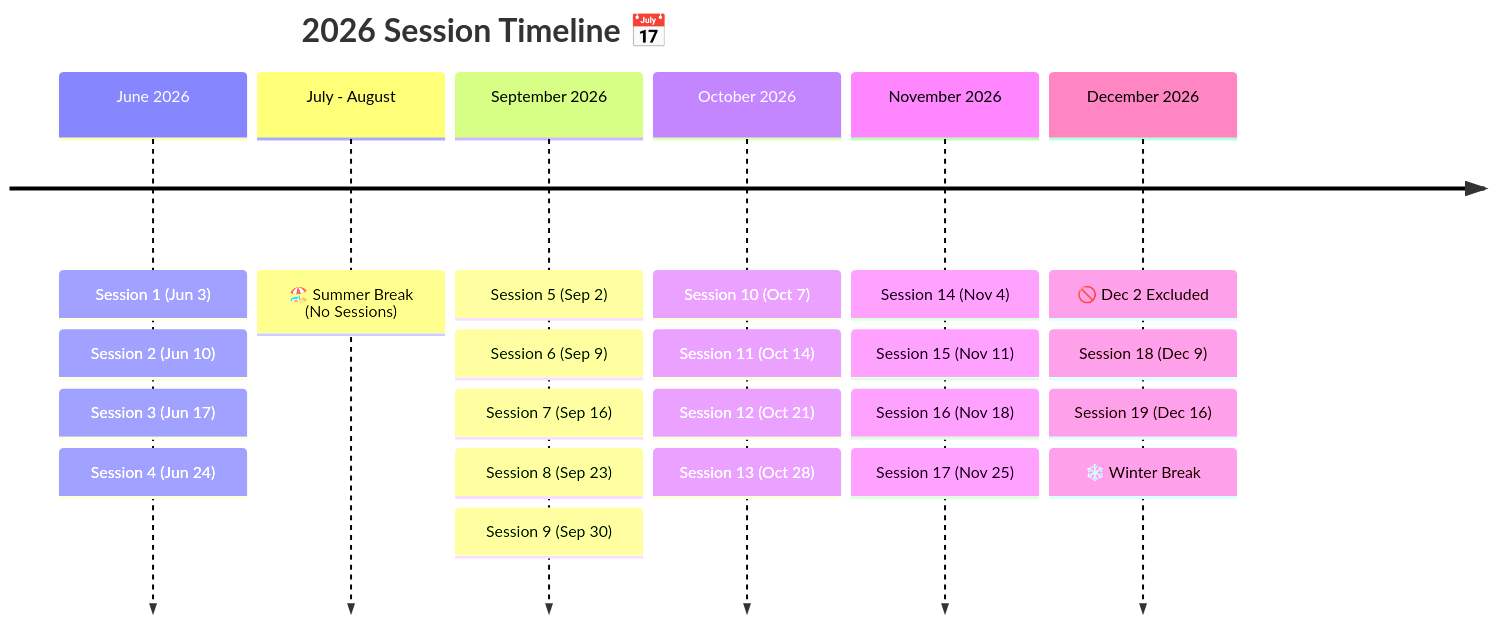
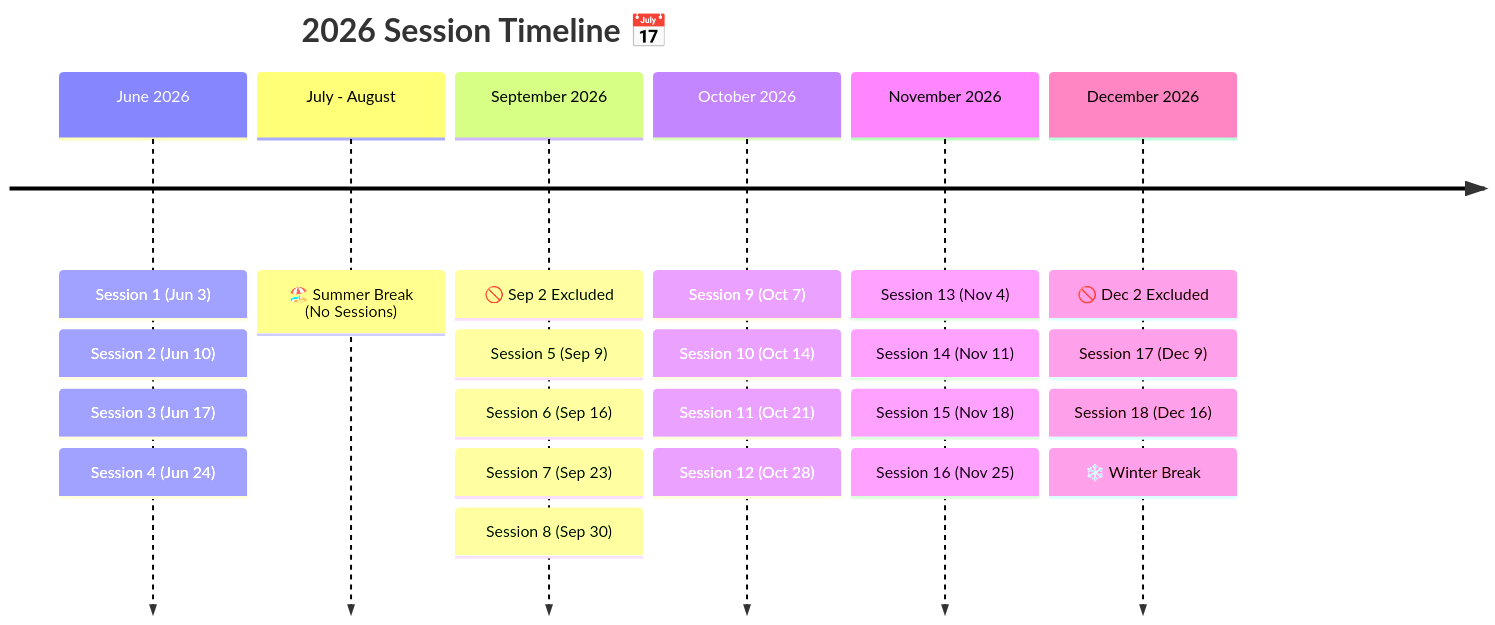
One commit to colehua/cube4fun changed the diagram in 2026_schedule.md. Above: the diagram before and after it, drawn with Mermaid. The commit also changed other lines of this file and 1 other file, not shown here.

Commit message:
Exclude Wed, Sep 2, 2026 from schedule

````diff
--- a/2026_schedule.md
+++ b/2026_schedule.md
@@ -18,10 +18,10 @@
 ```mermaid
 timeline
     title 2026 Session Timeline 📅
     June 2026 : Session 1 (Jun 3) : Session 2 (Jun 10) : Session 3 (Jun 17) : Session 4 (Jun 24)
     July - August : 🏖️ Summer Break (No Sessions)
-    September 2026 : Session 5 (Sep 2) : Session 6 (Sep 9) : Session 7 (Sep 16) : Session 8 (Sep 23) : Session 9 (Sep 30)
-    October 2026 : Session 10 (Oct 7) : Session 11 (Oct 14) : Session 12 (Oct 21) : Session 13 (Oct 28)
-    November 2026 : Session 14 (Nov 4) : Session 15 (Nov 11) : Session 16 (Nov 18) : Session 17 (Nov 25)
-    December 2026 : 🚫 Dec 2 Excluded : Session 18 (Dec 9) : Session 19 (Dec 16) : ❄️ Winter Break
+    September 2026 : 🚫 Sep 2 Excluded : Session 5 (Sep 9) : Session 6 (Sep 16) : Session 7 (Sep 23) : Session 8 (Sep 30)
+    October 2026 : Session 9 (Oct 7) : Session 10 (Oct 14) : Session 11 (Oct 21) : Session 12 (Oct 28)
+    November 2026 : Session 13 (Nov 4) : Session 14 (Nov 11) : Session 15 (Nov 18) : Session 16 (Nov 25)
+    December 2026 : 🚫 Dec 2 Excluded : Session 17 (Dec 9) : Session 18 (Dec 16) : ❄️ Winter Break
 ```
````
